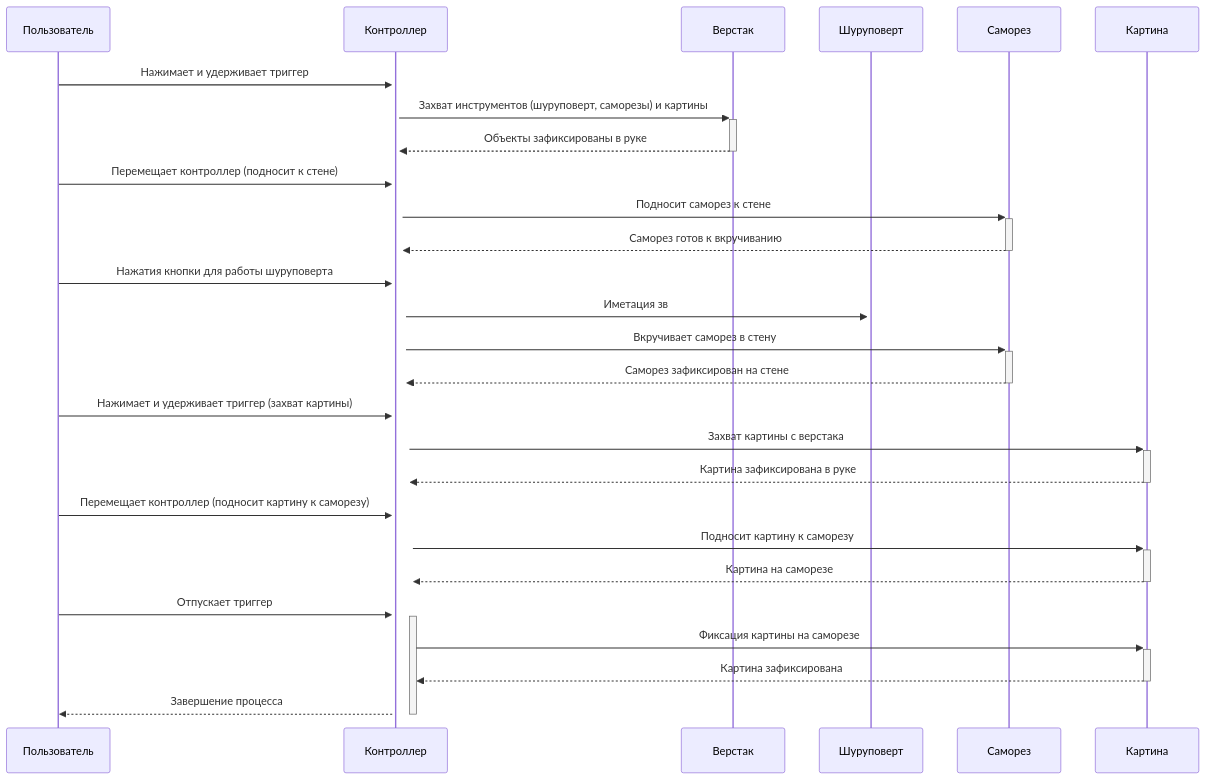
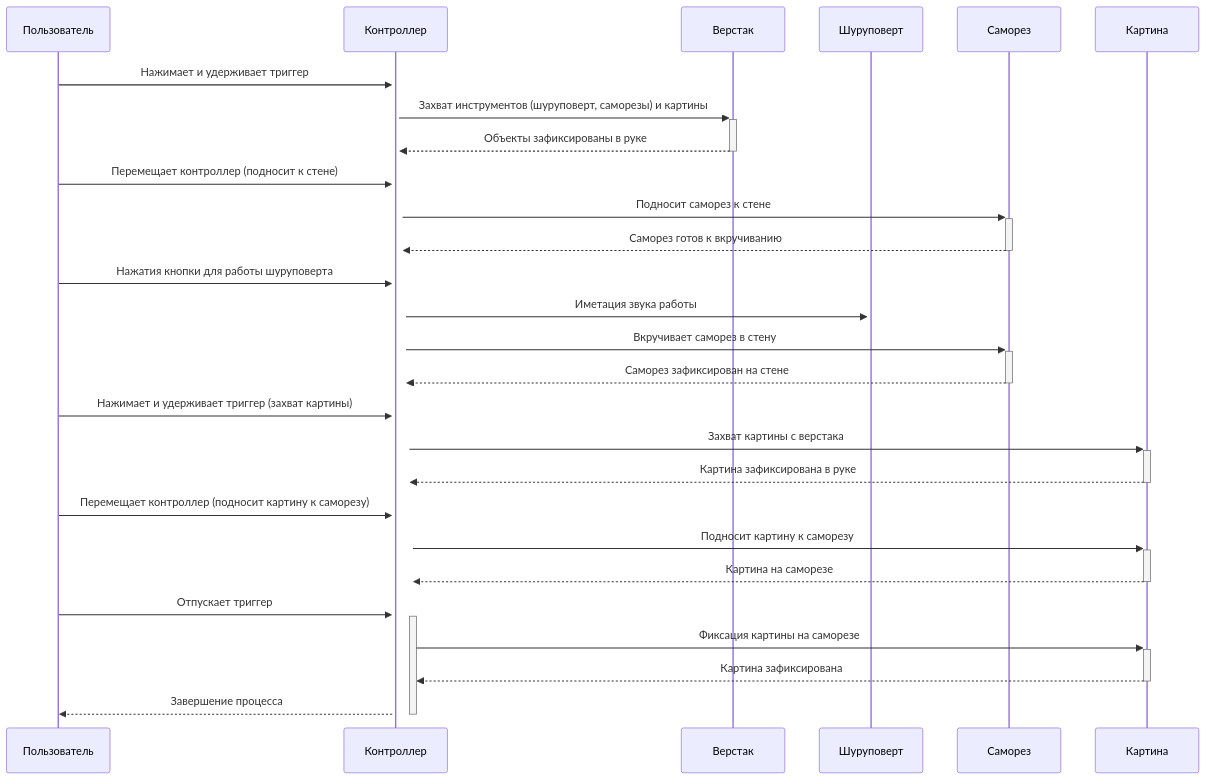
One commit to NerdyCep/iodraw-files changed the diagram in all/не называться-1.md. Above: the diagram before and after it, drawn with Mermaid.

Commit message:
2025-02-25 18:26:50 update

````diff
--- a/all/не называться-1.md
+++ b/all/не называться-1.md
@@ -1,31 +1,31 @@
 ```mermaid
 sequenceDiagram
     participant Пользователь
     participant Контроллер
     participant Верстак
     participant Шуруповерт
     participant Саморез
     participant Картина
     
 
     Пользователь->>+Контроллер: Нажимает и удерживает триггер
     Контроллер->>+Верстак: Захват инструментов (шуруповерт, саморезы) и картины
     Верстак-->>-Контроллер: Объекты зафиксированы в руке
     Пользователь->>+Контроллер: Перемещает контроллер (подносит к стене)
     Контроллер->>+Саморез: Подносит саморез к стене
     Саморез-->>-Контроллер: Саморез готов к вкручиванию
     Пользователь->>+Контроллер: Нажатия кнопки для работы шуруповерта
-    Контроллер->>+Шуруповерт: Иметация зв
+    Контроллер->>+Шуруповерт: Иметация звука работы 
     Контроллер->>+Саморез: Вкручивает саморез в стену
     Саморез-->>-Контроллер: Саморез зафиксирован на стене
     Пользователь->>+Контроллер: Нажимает и удерживает триггер (захват картины)
     Контроллер->>+Картина: Захват картины с верстака
     Картина-->>-Контроллер: Картина зафиксирована в руке
     Пользователь->>+Контроллер: Перемещает контроллер (подносит картину к саморезу)
     Контроллер->>+Картина: Подносит картину к саморезу
     Картина-->>-Контроллер: Картина на саморезе
     Пользователь->>+Контроллер: Отпускает триггер
     Контроллер->>+Картина: Фиксация картины на саморезе
     Картина-->>-Контроллер: Картина зафиксирована
     Контроллер-->>-Пользователь: Завершение процесса
 ```
````
